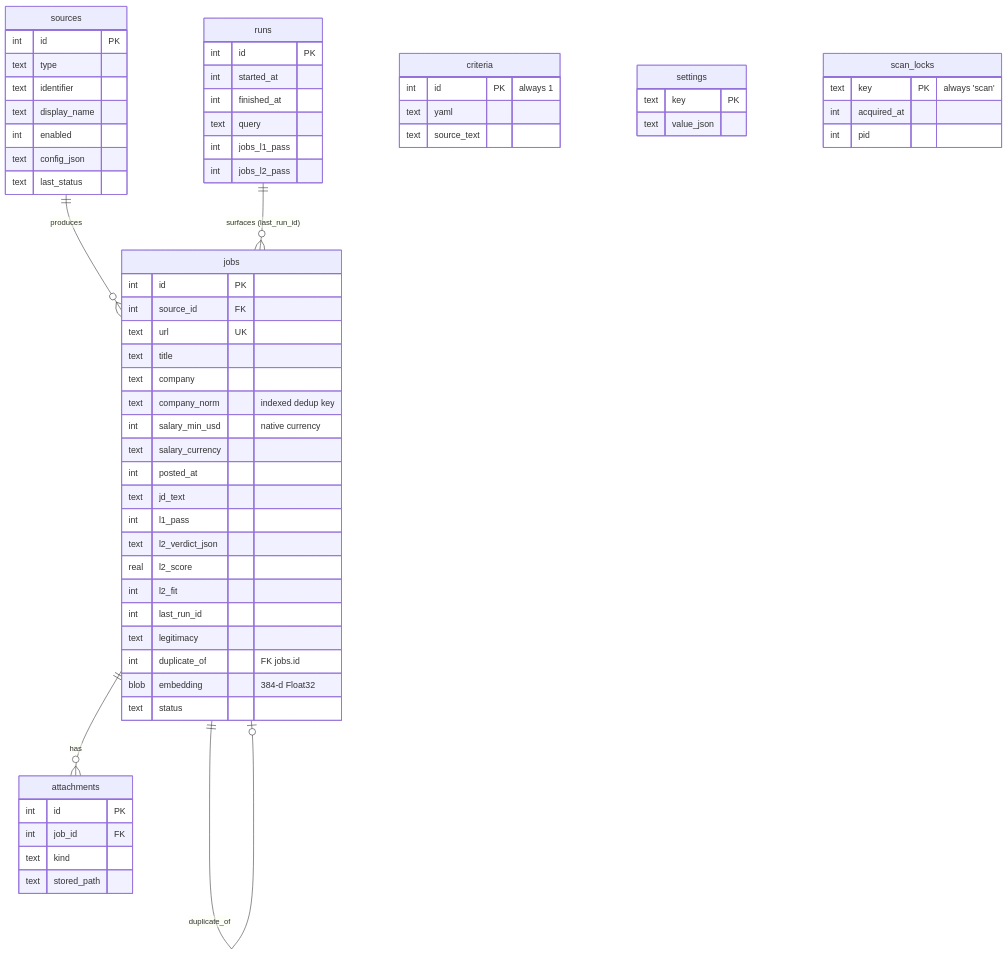
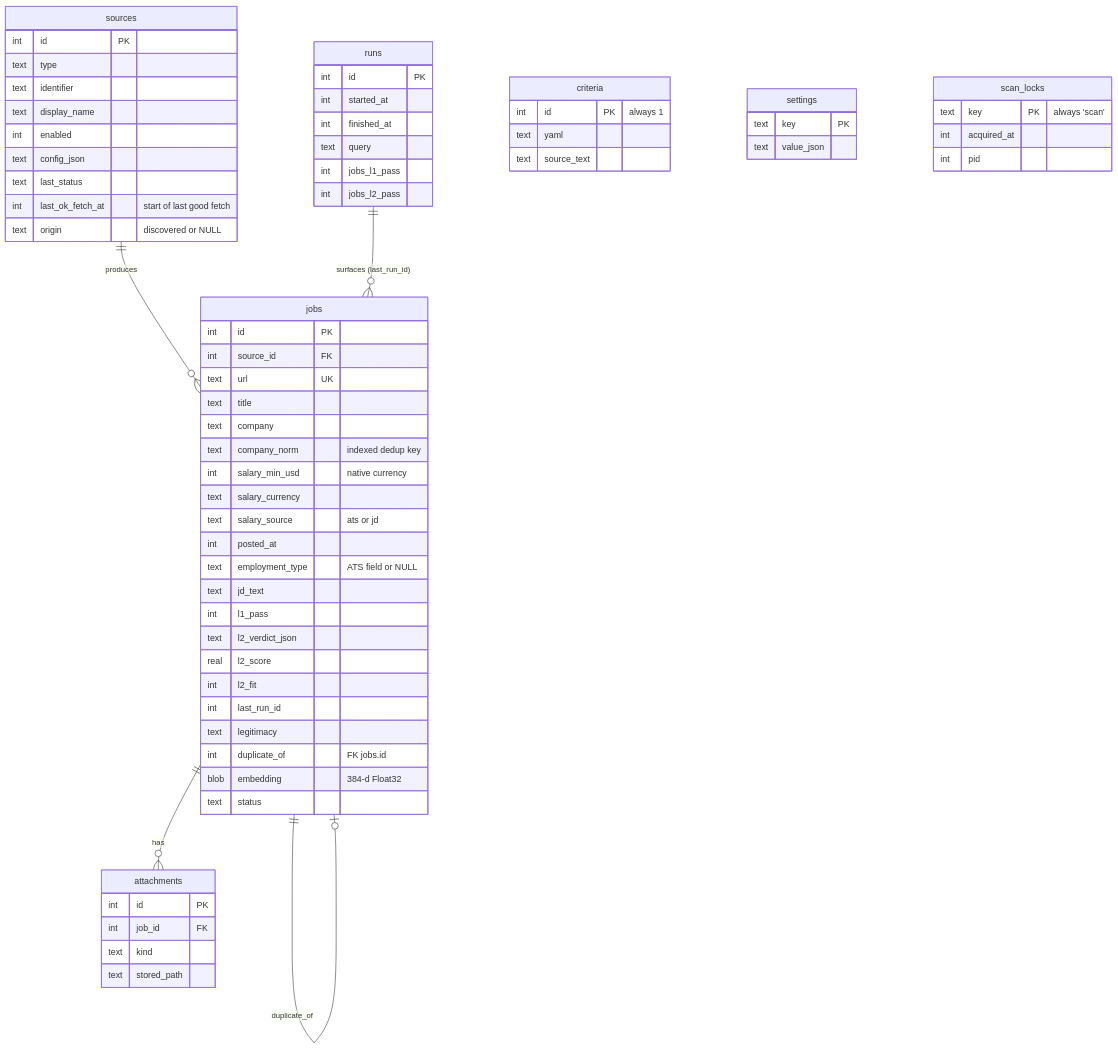
One commit to noobiethe13/lantern changed the diagram in docs/data-model.md. Above: the diagram before and after it, drawn with Mermaid. The commit also changed other lines of this file and 127 other files, not shown here.

````diff
--- a/docs/data-model.md
+++ b/docs/data-model.md
@@ -12,66 +12,70 @@
 ```mermaid
 erDiagram
     sources ||--o{ jobs : "produces"
     jobs ||--o{ attachments : "has"
     runs ||--o{ jobs : "surfaces (last_run_id)"
     jobs ||--o| jobs : "duplicate_of"
 
     sources {
         int id PK
         text type
         text identifier
         text display_name
         int enabled
         text config_json
         text last_status
+        int last_ok_fetch_at "start of last good fetch"
+        text origin "discovered or NULL"
     }
     jobs {
         int id PK
         int source_id FK
         text url UK
         text title
         text company
         text company_norm "indexed dedup key"
         int salary_min_usd "native currency"
         text salary_currency
+        text salary_source "ats or jd"
         int posted_at
+        text employment_type "ATS field or NULL"
         text jd_text
         int l1_pass
         text l2_verdict_json
         real l2_score
         int l2_fit
         int last_run_id
         text legitimacy
         int duplicate_of "FK jobs.id"
         blob embedding "384-d Float32"
         text status
     }
     runs {
         int id PK
         int started_at
         int finished_at
         text query
         int jobs_l1_pass
         int jobs_l2_pass
     }
     criteria {
         int id PK "always 1"
         text yaml
         text source_text
     }
     settings {
         text key PK
         text value_json
     }
     attachments {
         int id PK
         int job_id FK
         text kind
         text stored_path
     }
     scan_locks {
         text key PK "always 'scan'"
         int acquired_at
         int pid
     }
 ```
````
